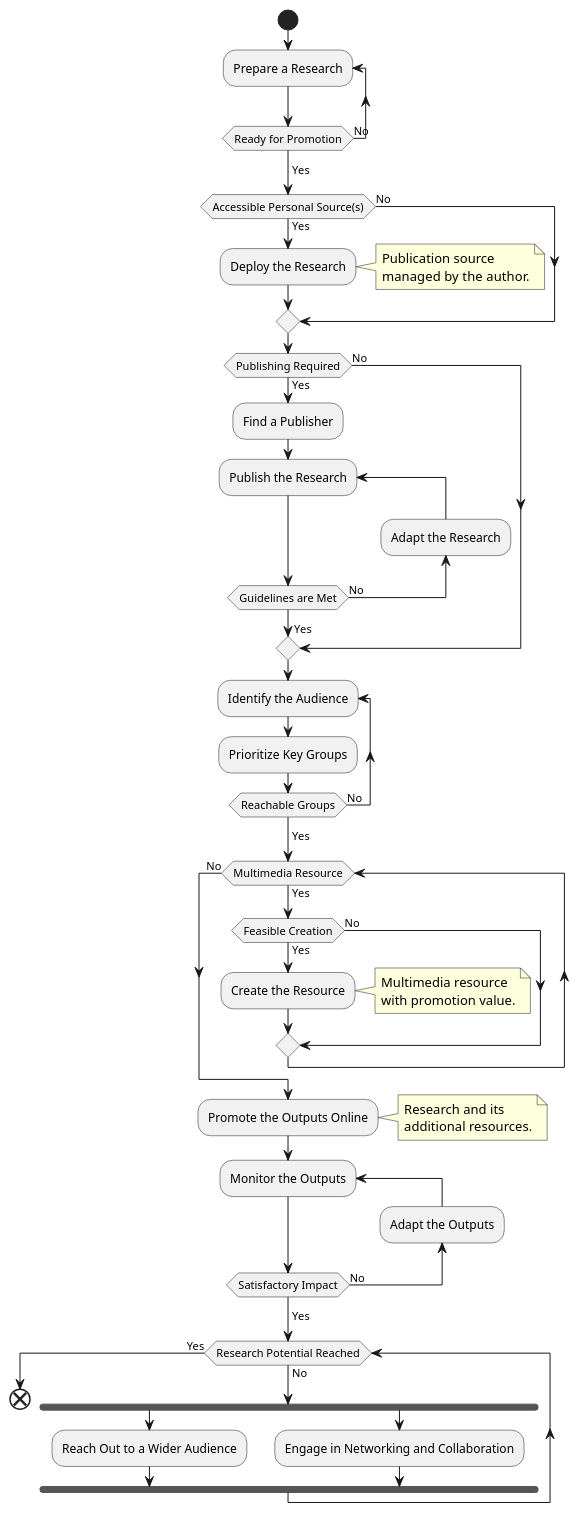
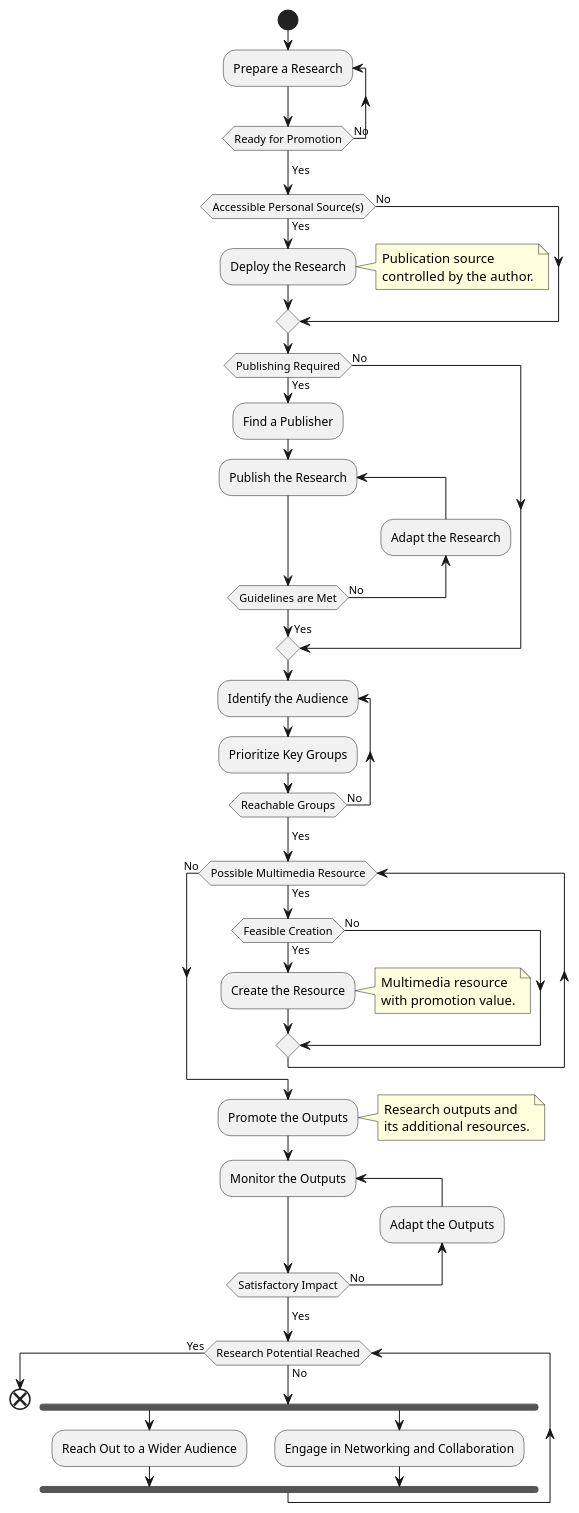
Before and after one commit to khasanshadiyarov/ABC: the diagram in diagrams/research-promotion/research-promotion.md, drawn with PlantUML. The commit also changed other lines of this file and 3 other files, not shown here.

````diff
--- a/diagrams/research-promotion/research-promotion.md
+++ b/diagrams/research-promotion/research-promotion.md
@@ -11,55 +11,55 @@
 ```plantuml
 @startuml
 start
 repeat :Prepare a Research;
 repeat while (Ready for Promotion) is (No)
 ->Yes;
 if (Accessible Personal Source(s)) then (Yes)
     :Deploy the Research;
     note right
         Publication source 
-        managed by the author.
+        controlled by the author.
     endnote
 else (No)
 endif
 if (Publishing Required) then (Yes)
     :Find a Publisher;
     repeat :Publish the Research;
     backward:Adapt the Research;
     repeat while (Guidelines are Met) is (No)
     ->Yes;
 else (No)
 endif
 repeat :Identify the Audience;
 :Prioritize Key Groups;
 repeat while (Reachable Groups) is (No)
 ->Yes;
-while (Multimedia Resource) is (Yes)
+while (Possible Multimedia Resource) is (Yes)
     if (Feasible Creation) then (Yes)
         :Create the Resource;
         note right
             Multimedia resource 
             with promotion value.
         endnote
     else (No)
     endif
 endwhile (No)
-:Promote the Outputs Online;
+:Promote the Outputs;
 note right
-    Research and its 
-    additional resources.
+    Research outputs and 
+    its additional resources.
 endnote
 repeat :Monitor the Outputs;
 backward:Adapt the Outputs;
 repeat while (Satisfactory Impact) is (No)
 ->Yes;
 while (Research Potential Reached) is (No)
     fork
         :Reach Out to a Wider Audience;
     fork again
         :Engage in Networking and Collaboration;
     endfork
 endwhile (Yes)
 end
 @enduml
 ```
````
